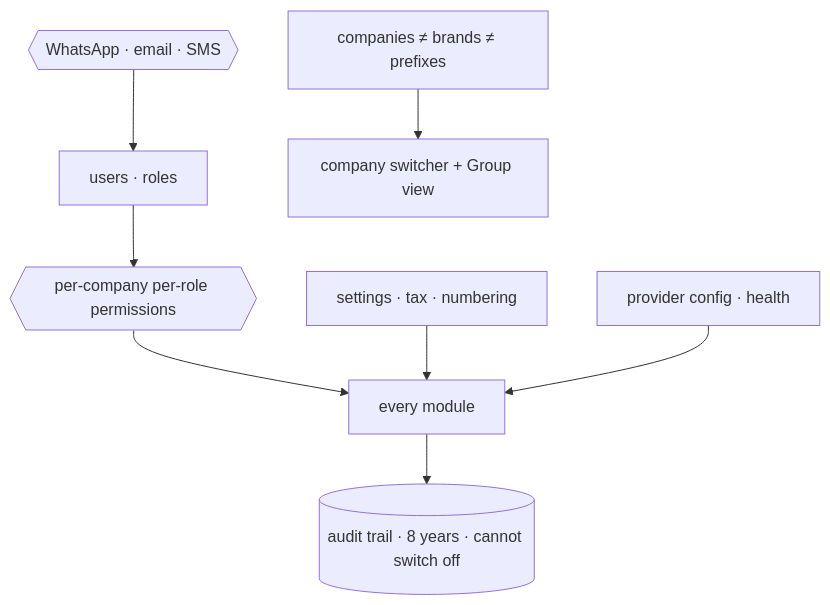
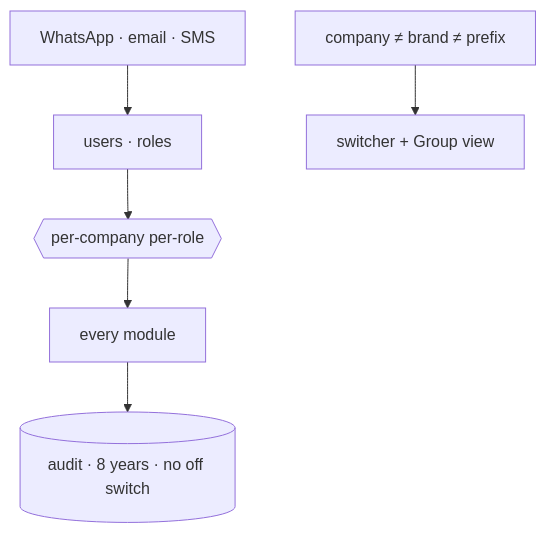
Diagram 16 of 16 in VASTRANGAM_MODULES_COMPLETE.md (vastrangam/AI_Content_Engine), drawn with Mermaid before and after one commit. The commit also changed other lines of this file and 1 other file, not shown here.

First line of the commit message:
Rewrite module book at app + screen level (78 apps, BUILT/SPEC marked)

````diff
--- a/VASTRANGAM_MODULES_COMPLETE.md
+++ b/VASTRANGAM_MODULES_COMPLETE.md
@@ -1467,10 +1118,8 @@
 ```mermaid
 flowchart TB
-  U[users · roles] --> PERM{{per-company per-role permissions}}
+  U[users · roles] --> PERM{{per-company per-role}}
   PERM --> ALL[every module]
-  CO[companies ≠ brands ≠ prefixes] --> SW[company switcher + Group view]
-  SET[settings · tax · numbering] --> ALL
-  PROV[provider config · health] --> ALL
-  ALL --> AUD[(audit trail · 8 years · cannot switch off)]
-  COMM{{WhatsApp · email · SMS}} --> U
+  CO[company ≠ brand ≠ prefix] --> SW[switcher + Group view]
+  ALL --> AUD[(audit · 8 years · no off switch)]
+  COMM[WhatsApp · email · SMS] --> U
 ```
````
